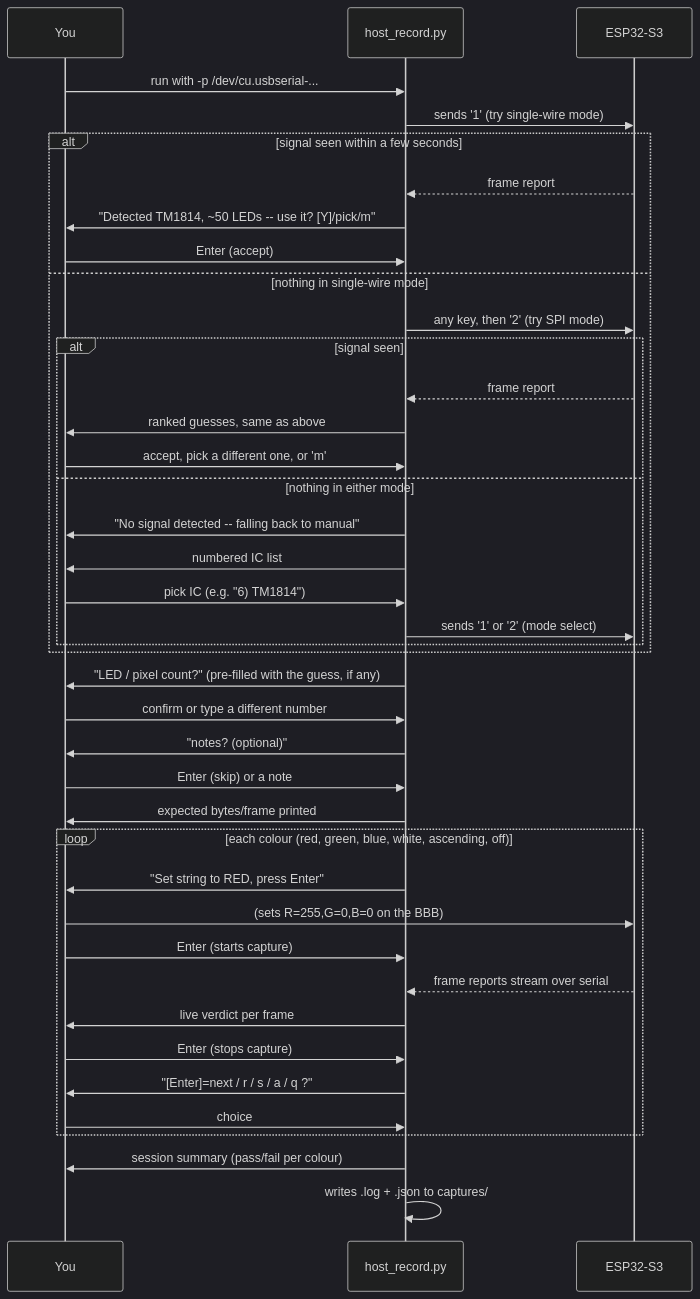
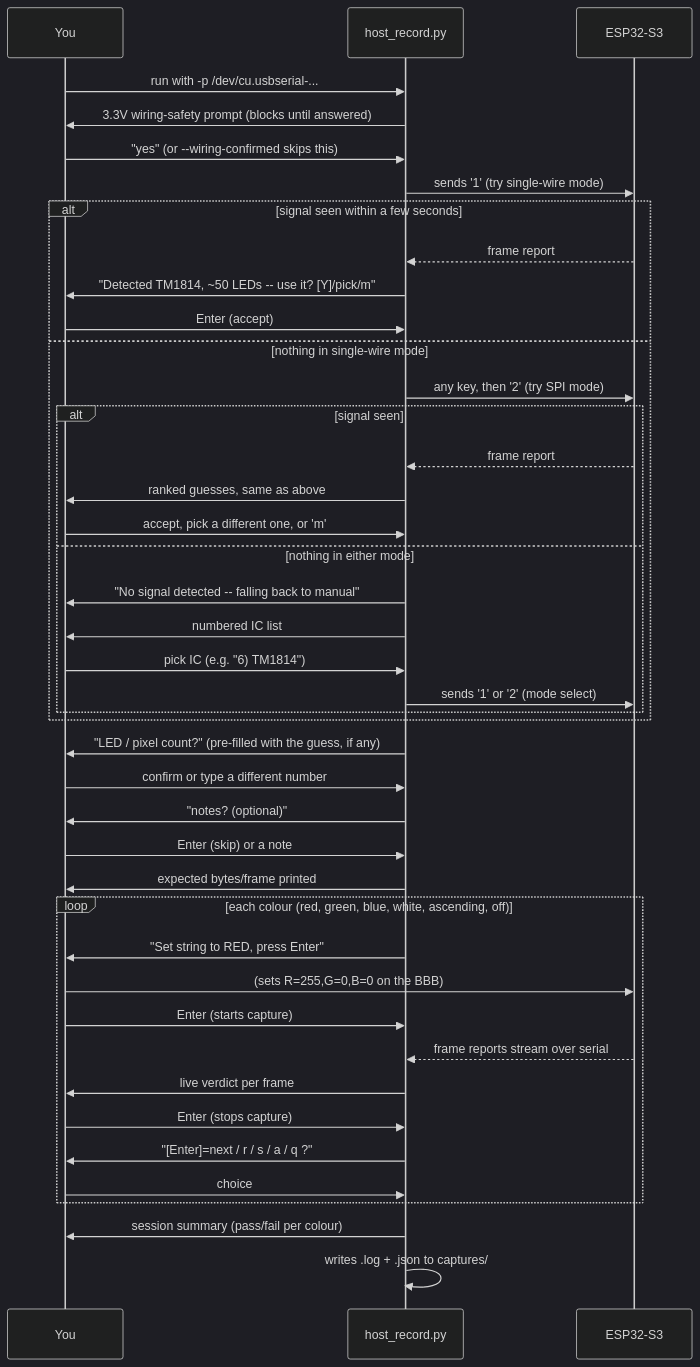
One commit to joeskolengaden/esp32-led-analyzer changed the fourth of 4 diagrams in README.md. Above: the diagram before and after it, drawn with Mermaid (dark theme). The commit also changed other lines of this file and 2 other files, not shown here.

````diff
--- a/README.md
+++ b/README.md
@@ -225,45 +261,47 @@
 ```mermaid
 sequenceDiagram
     participant You
     participant Tool as host_record.py
     participant ESP as ESP32-S3
 
     You->>Tool: run with -p /dev/cu.usbserial-...
+    Tool->>You: 3.3V wiring-safety prompt (blocks until answered)
+    You->>Tool: "yes" (or --wiring-confirmed skips this)
     Tool->>ESP: sends '1' (try single-wire mode)
     alt signal seen within a few seconds
         ESP-->>Tool: frame report
         Tool->>You: "Detected TM1814, ~50 LEDs -- use it? [Y]/pick/m"
         You->>Tool: Enter (accept)
     else nothing in single-wire mode
         Tool->>ESP: any key, then '2' (try SPI mode)
         alt signal seen
             ESP-->>Tool: frame report
             Tool->>You: ranked guesses, same as above
             You->>Tool: accept, pick a different one, or 'm'
         else nothing in either mode
             Tool->>You: "No signal detected -- falling back to manual"
             Tool->>You: numbered IC list
             You->>Tool: pick IC (e.g. "6) TM1814")
             Tool->>ESP: sends '1' or '2' (mode select)
         end
     end
     Tool->>You: "LED / pixel count?" (pre-filled with the guess, if any)
     You->>Tool: confirm or type a different number
     Tool->>You: "notes? (optional)"
     You->>Tool: Enter (skip) or a note
     Tool->>You: expected bytes/frame printed
 
     loop each colour (red, green, blue, white, ascending, off)
         Tool->>You: "Set string to RED, press Enter"
         You->>ESP: (sets R=255,G=0,B=0 on the BBB)
         You->>Tool: Enter (starts capture)
         ESP-->>Tool: frame reports stream over serial
         Tool->>You: live verdict per frame
         You->>Tool: Enter (stops capture)
         Tool->>You: "[Enter]=next / r / s / a / q ?"
         You->>Tool: choice
     end
 
     Tool->>You: session summary (pass/fail per colour)
     Tool->>Tool: writes .log + .json to captures/
 ```
````
